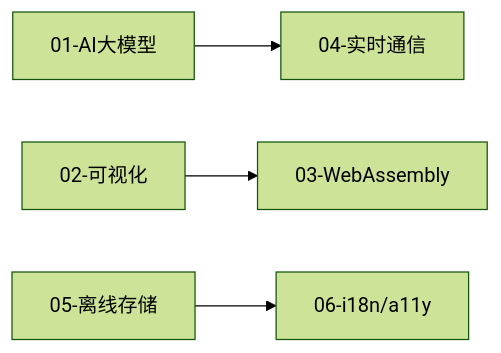
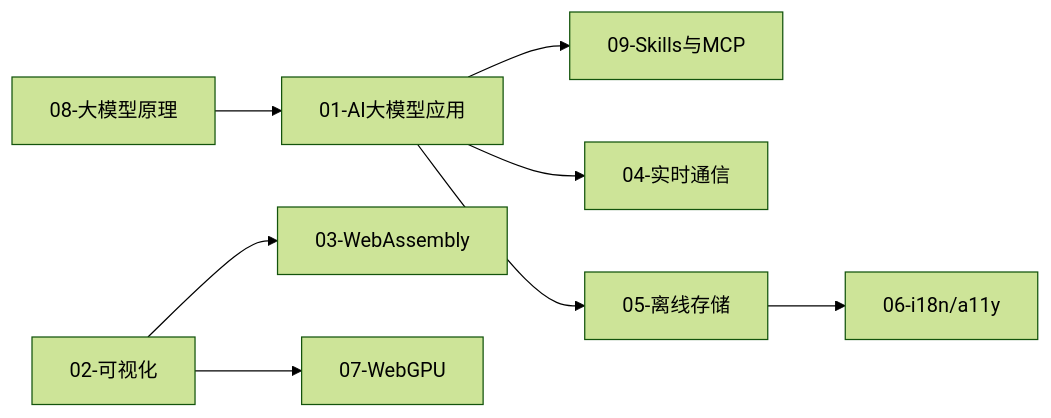
One commit to c-builder/study changed the second of 2 diagrams in 09-前沿与拓展/00-本章导读.md. Above: the diagram before and after it, drawn with Mermaid (forest theme). The commit also changed other lines of this file and 10 other files, not shown here.

````diff
--- a/09-前沿与拓展/00-本章导读.md
+++ b/09-前沿与拓展/00-本章导读.md
@@ -47,6 +63,10 @@
 ```mermaid
 flowchart LR
-    A[01-AI大模型] --> B[04-实时通信]
+    H[08-大模型原理] --> A[01-AI大模型应用]
+    A --> I[09-Skills与MCP]
+    A --> B[04-实时通信]
+    A --> E[05-离线存储]
     C[02-可视化] --> D[03-WebAssembly]
-    E[05-离线存储] --> F[06-i18n/a11y]
+    C --> G[07-WebGPU]
+    E --> F[06-i18n/a11y]
 ```
````
